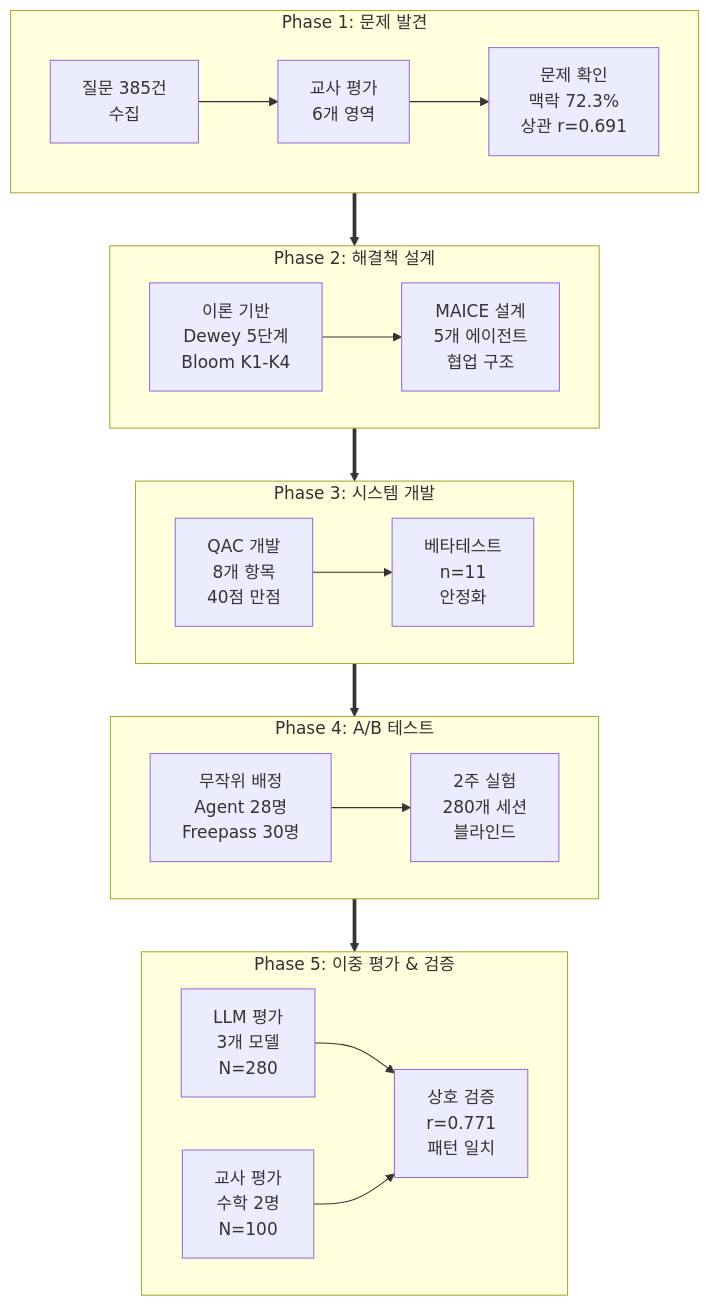
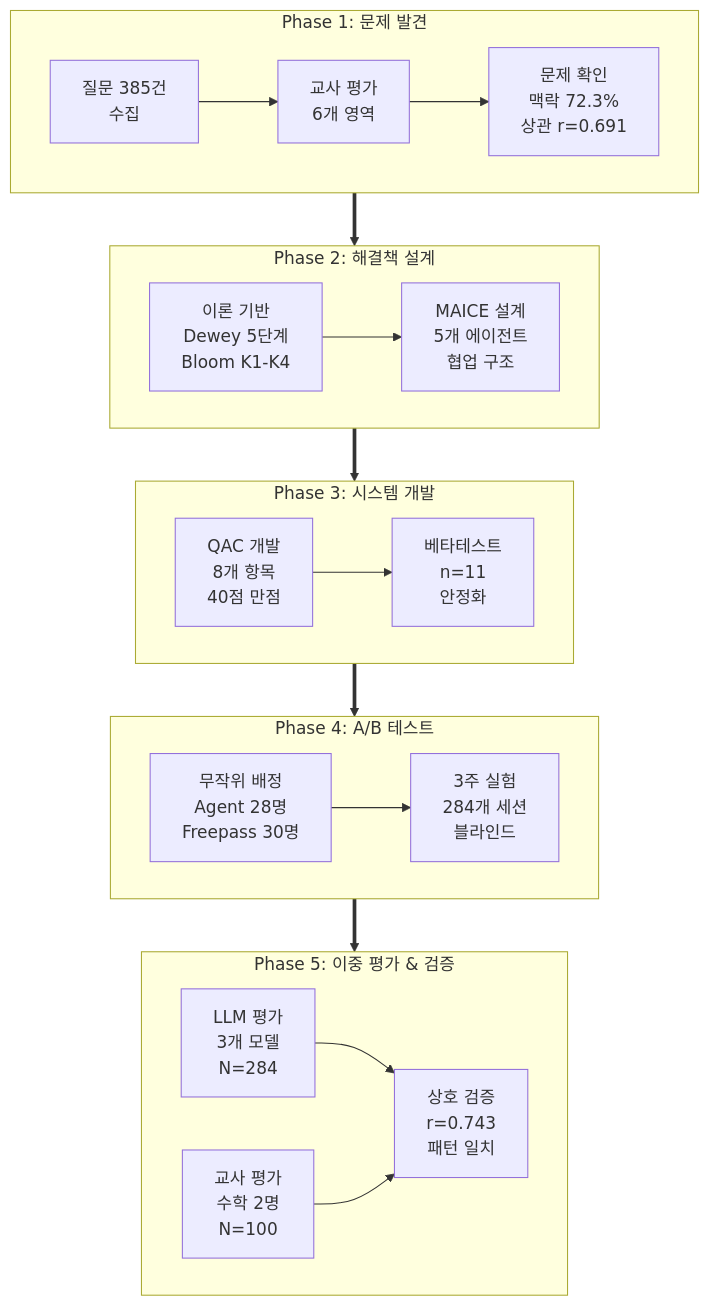
Before and after one commit to KimKyuBong/maice-paper-deploy: the second of 2 diagrams in docs/chapters/01-introduction.md, drawn with Mermaid. The commit also changed other lines of this file and 79 other files, not shown here.

````diff
--- a/docs/chapters/01-introduction.md
+++ b/docs/chapters/01-introduction.md
@@ -205,30 +205,30 @@
 ```mermaid
 graph TB
     subgraph P1["Phase 1: 문제 발견"]
         direction LR
         A1["질문 385건<br/>수집"] --> A2["교사 평가<br/>6개 영역"] --> A3["문제 확인<br/>맥락 72.3%<br/>상관 r=0.691"]
     end
     
     subgraph P2["Phase 2: 해결책 설계"]
         direction LR
         B1["이론 기반<br/>Dewey 5단계<br/>Bloom K1-K4"] --> B2["MAICE 설계<br/>5개 에이전트<br/>협업 구조"]
     end
     
     subgraph P3["Phase 3: 시스템 개발"]
         direction LR
         C1["QAC 개발<br/>8개 항목<br/>40점 만점"] --> C2["베타테스트<br/>n=11<br/>안정화"]
     end
     
     subgraph P4["Phase 4: A/B 테스트"]
         direction LR
-        D1["무작위 배정<br/>Agent 28명<br/>Freepass 30명"] --> D2["2주 실험<br/>280개 세션<br/>블라인드"]
+        D1["무작위 배정<br/>Agent 28명<br/>Freepass 30명"] --> D2["3주 실험<br/>284개 세션<br/>블라인드"]
     end
     
     subgraph P5["Phase 5: 이중 평가 & 검증"]
         direction LR
-        E1["LLM 평가<br/>3개 모델<br/>N=280"] --> E3["상호 검증<br/>r=0.771<br/>패턴 일치"]
+        E1["LLM 평가<br/>3개 모델<br/>N=284"] --> E3["상호 검증<br/>r=0.743<br/>패턴 일치"]
         E2["교사 평가<br/>수학 2명<br/>N=100"] --> E3
     end
     
     P1 ==> P2 ==> P3 ==> P4 ==> P5
 ```
````
